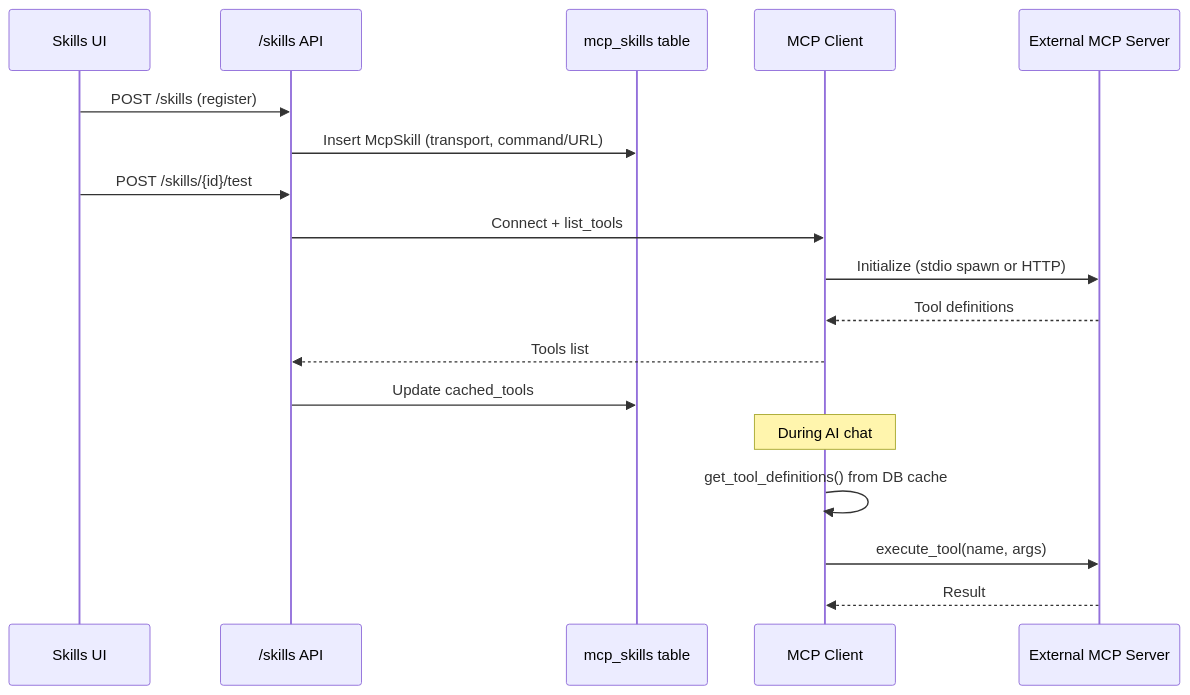
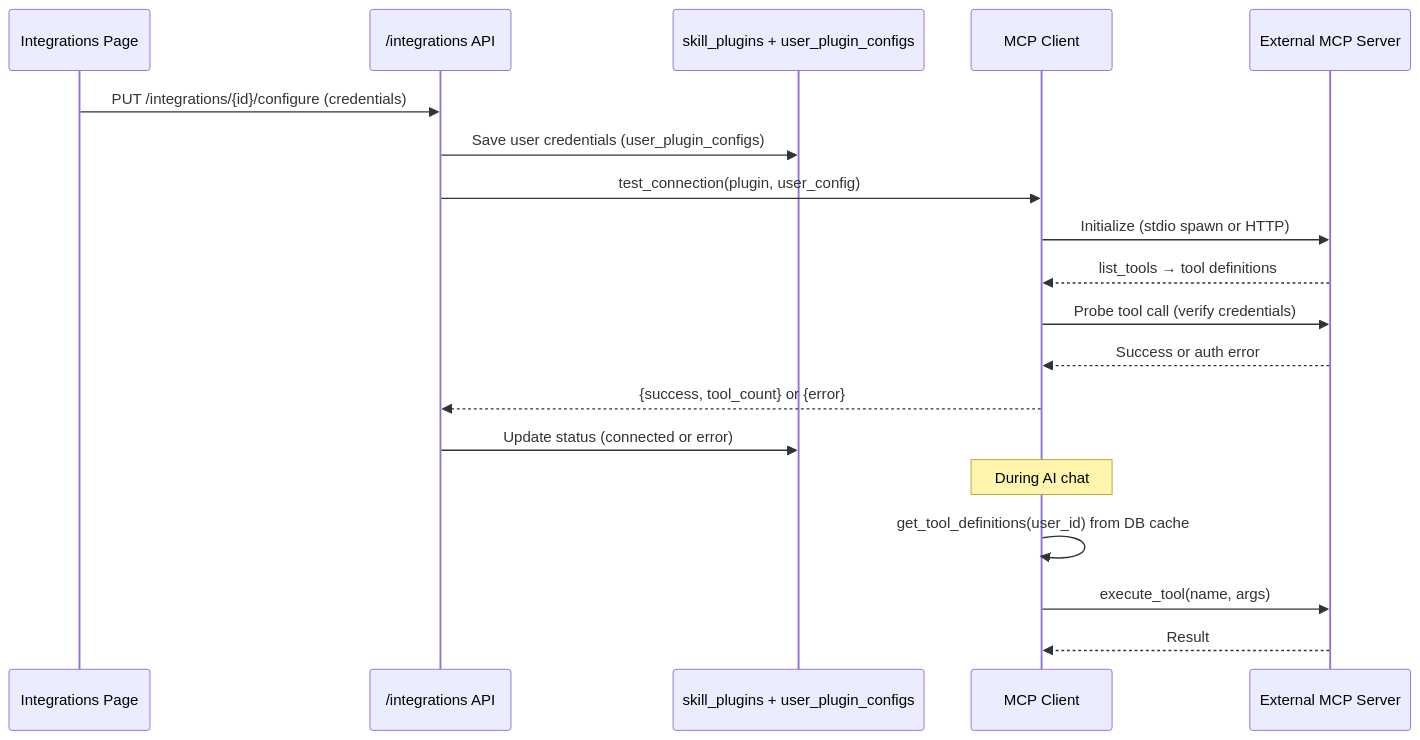
One commit to GowthamShanmugam/orbit changed the tenth of 20 diagrams in docs/ARCHITECTURE.md. Above: the diagram before and after it, drawn with Mermaid. The commit also changed other lines of this file and 115 other files, not shown here.

````diff
--- a/docs/ARCHITECTURE.md
+++ b/docs/ARCHITECTURE.md
@@ -498,22 +559,23 @@
 ```mermaid
 sequenceDiagram
-    participant UI as Skills UI
-    participant API as /skills API
-    participant DB as mcp_skills table
+    participant UI as Integrations Page
+    participant API as /integrations API
+    participant DB as skill_plugins + user_plugin_configs
     participant MCPc as MCP Client
     participant Srv as External MCP Server
 
-    UI->>API: POST /skills (register)
-    API->>DB: Insert McpSkill (transport, command/URL)
-    UI->>API: POST /skills/{id}/test
-    API->>MCPc: Connect + list_tools
+    UI->>API: PUT /integrations/{id}/configure (credentials)
+    API->>DB: Save user credentials (user_plugin_configs)
+    API->>MCPc: test_connection(plugin, user_config)
     MCPc->>Srv: Initialize (stdio spawn or HTTP)
-    Srv-->>MCPc: Tool definitions
-    MCPc-->>API: Tools list
-    API->>DB: Update cached_tools
+    Srv-->>MCPc: list_tools → tool definitions
+    MCPc->>Srv: Probe tool call (verify credentials)
+    Srv-->>MCPc: Success or auth error
+    MCPc-->>API: {success, tool_count} or {error}
+    API->>DB: Update status (connected or error)
 
     Note over MCPc: During AI chat
-    MCPc->>MCPc: get_tool_definitions() from DB cache
+    MCPc->>MCPc: get_tool_definitions(user_id) from DB cache
     MCPc->>Srv: execute_tool(name, args)
     Srv-->>MCPc: Result
 ```
````
